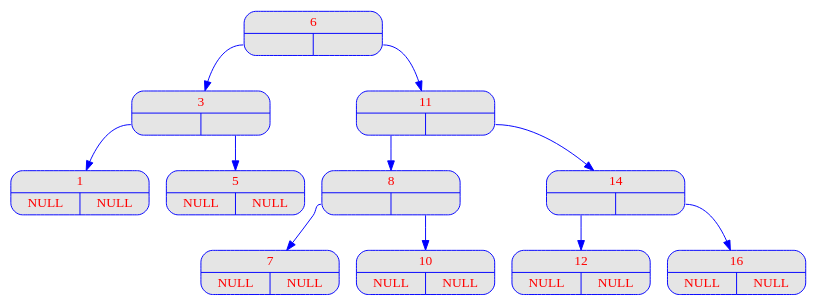
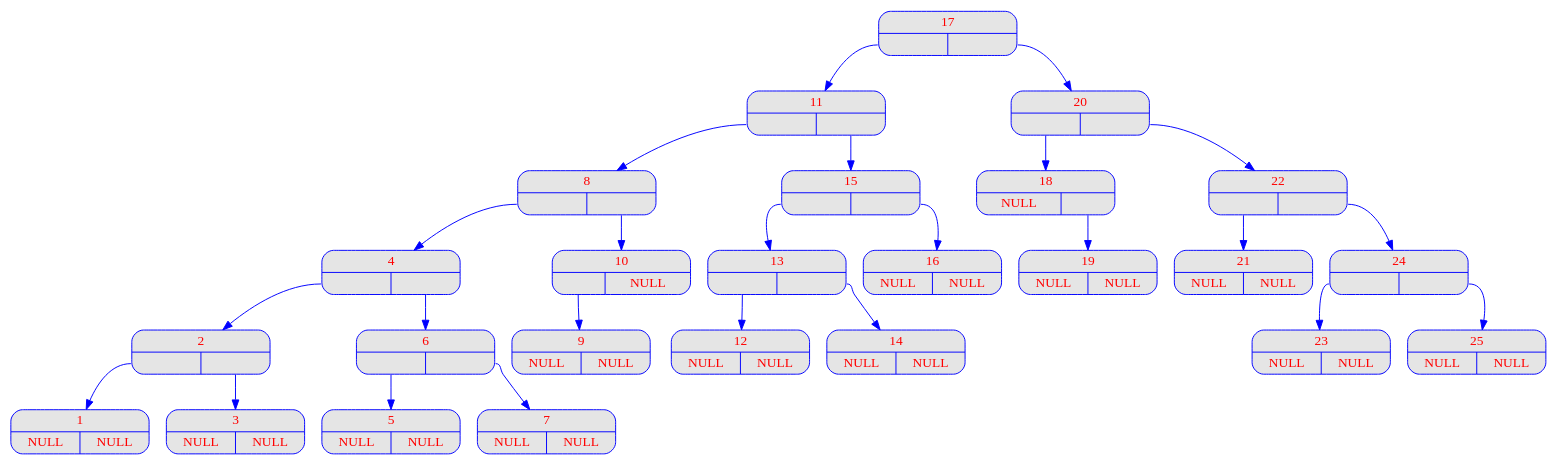
Before and after one commit to onxzy/aap_filrouge: the diagram in output/dot/root_v00.dot, drawn with Graphviz. The commit also changed 1 other file, not shown here.

```diff
--- a/output/dot/root_v00.dot
+++ b/output/dot/root_v00.dot
@@ -1,44 +1,80 @@
 digraph root {
 	node [
 		fontname  = "Arial bold" 
 		fontsize  = "14"
 		fontcolor = "red"
 		style     = "rounded, filled"
 		shape     = "record"
 		fillcolor = "grey90"
 		color     = "blue"
 		width     = "2"
 	]
 
 	edge [
 		color     = "blue"
 	]
 
-	6 [label = "{<c> 6 | { <g> | <d>}}"];
-	6:g -> 3;
-	3 [label = "{<c> 3 | { <g> | <d>}}"];
-	3:g -> 1;
-	1 [label = "{<c> 1 | { <g> | <d>}}"];
-	1 [label = "{<c> 1 | { <g> NULL | <d> NULL}}"];
-	3:d -> 5;
-	5 [label = "{<c> 5 | { <g> | <d>}}"];
-	5 [label = "{<c> 5 | { <g> NULL | <d> NULL}}"];
-	6:d -> 11;
+	17 [label = "{<c> 17 | { <g> | <d>}}"];
+	17:g -> 11;
 	11 [label = "{<c> 11 | { <g> | <d>}}"];
 	11:g -> 8;
 	8 [label = "{<c> 8 | { <g> | <d>}}"];
-	8:g -> 7;
+	8:g -> 4;
+	4 [label = "{<c> 4 | { <g> | <d>}}"];
+	4:g -> 2;
+	2 [label = "{<c> 2 | { <g> | <d>}}"];
+	2:g -> 1;
+	1 [label = "{<c> 1 | { <g> | <d>}}"];
+	1 [label = "{<c> 1 | { <g> NULL | <d> NULL}}"];
+	2:d -> 3;
+	3 [label = "{<c> 3 | { <g> | <d>}}"];
+	3 [label = "{<c> 3 | { <g> NULL | <d> NULL}}"];
+	4:d -> 6;
+	6 [label = "{<c> 6 | { <g> | <d>}}"];
+	6:g -> 5;
+	5 [label = "{<c> 5 | { <g> | <d>}}"];
+	5 [label = "{<c> 5 | { <g> NULL | <d> NULL}}"];
+	6:d -> 7;
 	7 [label = "{<c> 7 | { <g> | <d>}}"];
 	7 [label = "{<c> 7 | { <g> NULL | <d> NULL}}"];
 	8:d -> 10;
 	10 [label = "{<c> 10 | { <g> | <d>}}"];
-	10 [label = "{<c> 10 | { <g> NULL | <d> NULL}}"];
-	11:d -> 14;
-	14 [label = "{<c> 14 | { <g> | <d>}}"];
-	14:g -> 12;
+	10 [label = "{<c> 10 | { <g> | <d> NULL}}"];
+	10:g -> 9;
+	9 [label = "{<c> 9 | { <g> | <d>}}"];
+	9 [label = "{<c> 9 | { <g> NULL | <d> NULL}}"];
+	11:d -> 15;
+	15 [label = "{<c> 15 | { <g> | <d>}}"];
+	15:g -> 13;
+	13 [label = "{<c> 13 | { <g> | <d>}}"];
+	13:g -> 12;
 	12 [label = "{<c> 12 | { <g> | <d>}}"];
 	12 [label = "{<c> 12 | { <g> NULL | <d> NULL}}"];
-	14:d -> 16;
+	13:d -> 14;
+	14 [label = "{<c> 14 | { <g> | <d>}}"];
+	14 [label = "{<c> 14 | { <g> NULL | <d> NULL}}"];
+	15:d -> 16;
 	16 [label = "{<c> 16 | { <g> | <d>}}"];
 	16 [label = "{<c> 16 | { <g> NULL | <d> NULL}}"];
+	17:d -> 20;
+	20 [label = "{<c> 20 | { <g> | <d>}}"];
+	20:g -> 18;
+	18 [label = "{<c> 18 | { <g> | <d>}}"];
+	18 [label = "{<c> 18 | { <g> NULL | <d> }}"];
+	18:d -> 19;
+	19 [label = "{<c> 19 | { <g> | <d>}}"];
+	19 [label = "{<c> 19 | { <g> NULL | <d> NULL}}"];
+	20:d -> 22;
+	22 [label = "{<c> 22 | { <g> | <d>}}"];
+	22:g -> 21;
+	21 [label = "{<c> 21 | { <g> | <d>}}"];
+	21 [label = "{<c> 21 | { <g> NULL | <d> NULL}}"];
+	22:d -> 24;
+	24 [label = "{<c> 24 | { <g> | <d>}}"];
+	24:g -> 23;
+	23 [label = "{<c> 23 | { <g> | <d>}}"];
+	23 [label = "{<c> 23 | { <g> NULL | <d> NULL}}"];
+	24:d -> 25;
+	25 [label = "{<c> 25 | { <g> | <d>}}"];
+	25 [label = "{<c> 25 | { <g> NULL | <d> NULL}}"];
 }
```
